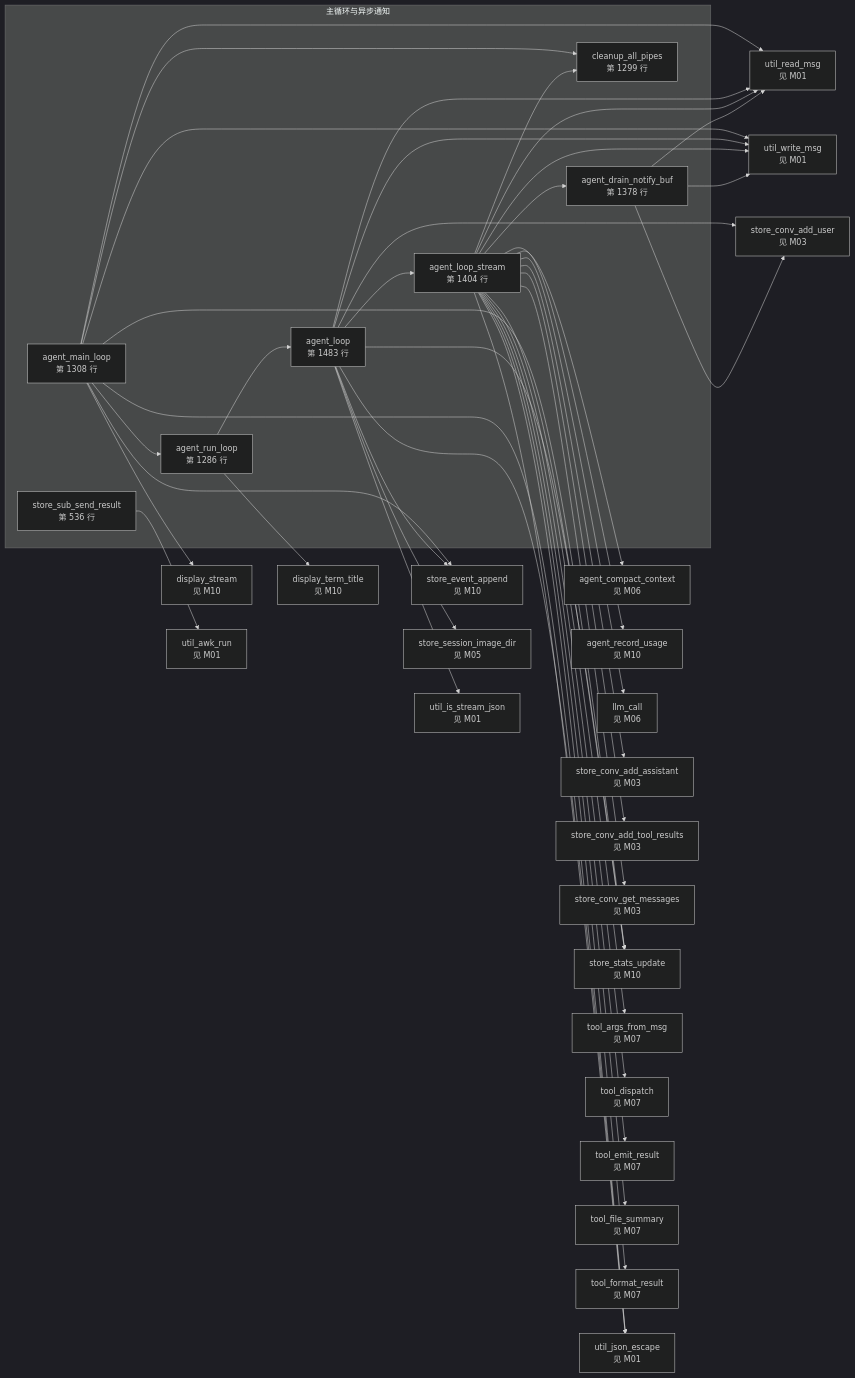
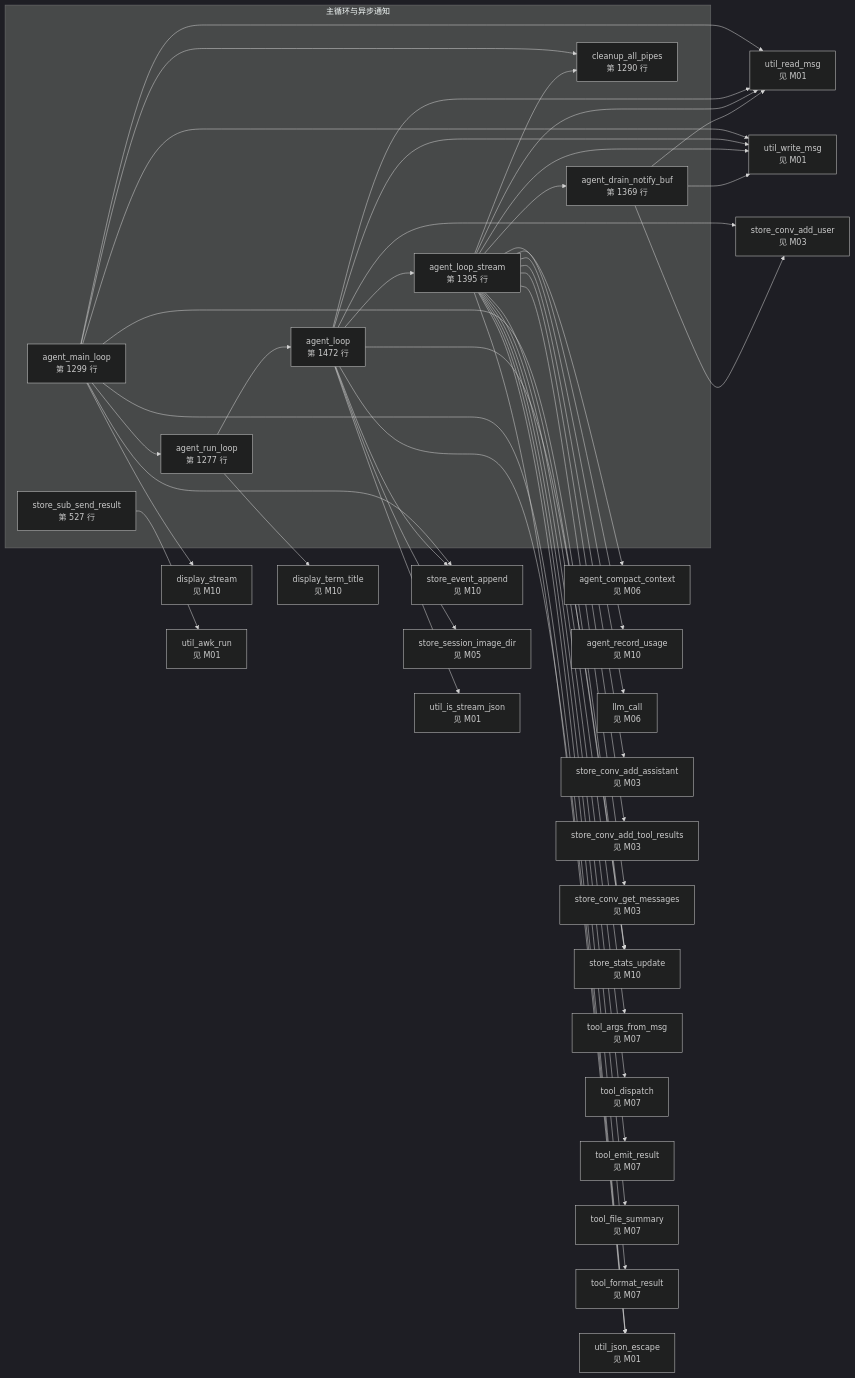
Diagram 11 of 15 in docs/bash-data-flow.md (lloydzhou/bash-agent), drawn with Mermaid (dark theme) before and after one commit. The commit also changed other lines of this file and 2 other files, not shown here.

First line of the commit message:
refactor: store_conv_get_messages 统一文件路径接口

````diff
--- a/docs/bash-data-flow.md
+++ b/docs/bash-data-flow.md
@@ -440,74 +436,74 @@
 ```mermaid
 flowchart LR
   subgraph mod_9["主循环与异步通知"]
-    f_agent_main_loop["agent_main_loop<br/>第 1308 行"]
-    f_agent_run_loop["agent_run_loop<br/>第 1286 行"]
-    f_agent_loop["agent_loop<br/>第 1483 行"]
-    f_agent_loop_stream["agent_loop_stream<br/>第 1404 行"]
-    f_agent_drain_notify_buf["agent_drain_notify_buf<br/>第 1378 行"]
-    f_store_sub_send_result["store_sub_send_result<br/>第 536 行"]
-    f_cleanup_all_pipes["cleanup_all_pipes<br/>第 1299 行"]
+    f_agent_main_loop["agent_main_loop<br/>第 1299 行"]
+    f_agent_run_loop["agent_run_loop<br/>第 1277 行"]
+    f_agent_loop["agent_loop<br/>第 1472 行"]
+    f_agent_loop_stream["agent_loop_stream<br/>第 1395 行"]
+    f_agent_drain_notify_buf["agent_drain_notify_buf<br/>第 1369 行"]
+    f_store_sub_send_result["store_sub_send_result<br/>第 527 行"]
+    f_cleanup_all_pipes["cleanup_all_pipes<br/>第 1290 行"]
   end
   f_agent_compact_context["agent_compact_context<br/>见 M06"]
   f_agent_record_usage["agent_record_usage<br/>见 M10"]
   f_display_stream["display_stream<br/>见 M10"]
   f_display_term_title["display_term_title<br/>见 M10"]
   f_llm_call["llm_call<br/>见 M06"]
   f_store_conv_add_assistant["store_conv_add_assistant<br/>见 M03"]
   f_store_conv_add_tool_results["store_conv_add_tool_results<br/>见 M03"]
   f_store_conv_add_user["store_conv_add_user<br/>见 M03"]
   f_store_conv_get_messages["store_conv_get_messages<br/>见 M03"]
   f_store_event_append["store_event_append<br/>见 M10"]
   f_store_session_image_dir["store_session_image_dir<br/>见 M05"]
   f_store_stats_update["store_stats_update<br/>见 M10"]
   f_tool_args_from_msg["tool_args_from_msg<br/>见 M07"]
   f_tool_dispatch["tool_dispatch<br/>见 M07"]
   f_tool_emit_result["tool_emit_result<br/>见 M07"]
   f_tool_file_summary["tool_file_summary<br/>见 M07"]
   f_tool_format_result["tool_format_result<br/>见 M07"]
   f_util_awk_run["util_awk_run<br/>见 M01"]
   f_util_is_stream_json["util_is_stream_json<br/>见 M01"]
   f_util_json_escape["util_json_escape<br/>见 M01"]
   f_util_read_msg["util_read_msg<br/>见 M01"]
   f_util_write_msg["util_write_msg<br/>见 M01"]
   f_agent_main_loop --> f_util_read_msg
   f_agent_main_loop --> f_util_write_msg
   f_agent_main_loop --> f_display_stream
   f_agent_main_loop --> f_store_event_append
   f_agent_main_loop --> f_util_json_escape
   f_agent_main_loop --> f_store_stats_update
   f_agent_main_loop --> f_agent_run_loop
   f_agent_main_loop --> f_cleanup_all_pipes
   f_agent_run_loop --> f_agent_loop
   f_agent_run_loop --> f_display_term_title
   f_agent_loop --> f_store_event_append
   f_agent_loop --> f_util_json_escape
   f_agent_loop --> f_store_session_image_dir
   f_agent_loop --> f_store_conv_add_user
   f_agent_loop --> f_store_stats_update
   f_agent_loop --> f_agent_loop_stream
   f_agent_loop --> f_util_read_msg
   f_agent_loop --> f_util_is_stream_json
   f_agent_loop --> f_util_write_msg
   f_agent_loop_stream --> f_cleanup_all_pipes
   f_agent_loop_stream --> f_agent_drain_notify_buf
   f_agent_loop_stream --> f_agent_compact_context
   f_agent_loop_stream --> f_util_write_msg
   f_agent_loop_stream --> f_store_conv_get_messages
   f_agent_loop_stream --> f_llm_call
   f_agent_loop_stream --> f_util_read_msg
   f_agent_loop_stream --> f_tool_args_from_msg
   f_agent_loop_stream --> f_tool_dispatch
   f_agent_loop_stream --> f_tool_format_result
   f_agent_loop_stream --> f_tool_file_summary
   f_agent_loop_stream --> f_util_json_escape
   f_agent_loop_stream --> f_tool_emit_result
   f_agent_loop_stream --> f_agent_record_usage
   f_agent_loop_stream --> f_store_stats_update
   f_agent_loop_stream --> f_store_conv_add_assistant
   f_agent_loop_stream --> f_store_conv_add_tool_results
   f_agent_drain_notify_buf --> f_util_read_msg
   f_agent_drain_notify_buf --> f_util_write_msg
   f_agent_drain_notify_buf --> f_store_conv_add_user
   f_store_sub_send_result --> f_util_awk_run
 ```
````
